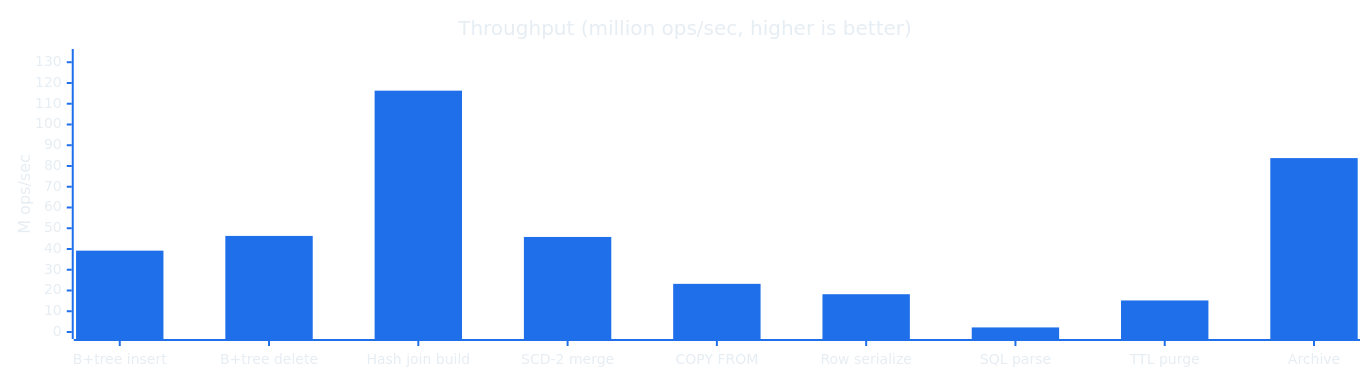
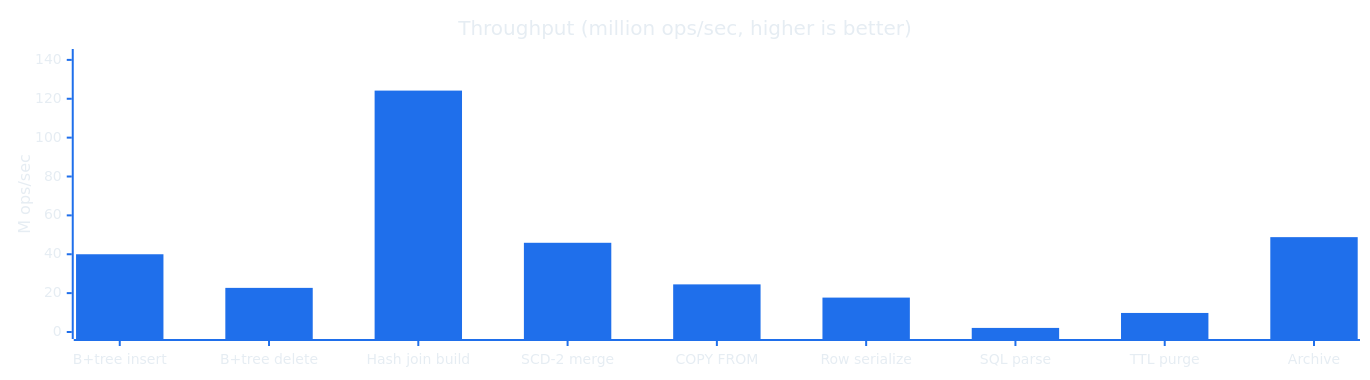
One commit to DataDalton/Zyron changed the third of 4 diagrams in README.md. Above: the diagram before and after it, drawn with Mermaid. The commit also changed other lines of this file and 192 other files, not shown here.

````diff
--- a/README.md
+++ b/README.md
@@ -216,8 +216,8 @@
 ```mermaid
 %%{init: {'theme':'base','themeVariables':{'xyChart':{'backgroundColor':'transparent','titleColor':'#e6edf3','xAxisLabelColor':'#e6edf3','xAxisTitleColor':'#e6edf3','xAxisTickColor':'#1f6feb','xAxisLineColor':'#1f6feb','yAxisLabelColor':'#e6edf3','yAxisTitleColor':'#e6edf3','yAxisTickColor':'#1f6feb','yAxisLineColor':'#1f6feb','plotColorPalette':'#1f6feb'}},'xyChart':{'width':1350,'height':360}}}%%
 xychart-beta
     title "Throughput (million ops/sec, higher is better)"
     x-axis ["B+tree insert", "B+tree delete", "Hash join build", "SCD-2 merge", "COPY FROM", "Row serialize", "SQL parse", "TTL purge", "Archive"]
-    y-axis "M ops/sec" 0 --> 133
-    bar [39.2, 46.3, 116.3, 45.8, 23.2, 18.2, 2.2, 15.2, 83.8]
+    y-axis "M ops/sec" 0 --> 142
+    bar [40.0, 22.7, 124.2, 45.9, 24.5, 17.7, 2.1, 9.8, 48.8]
 ```
````
